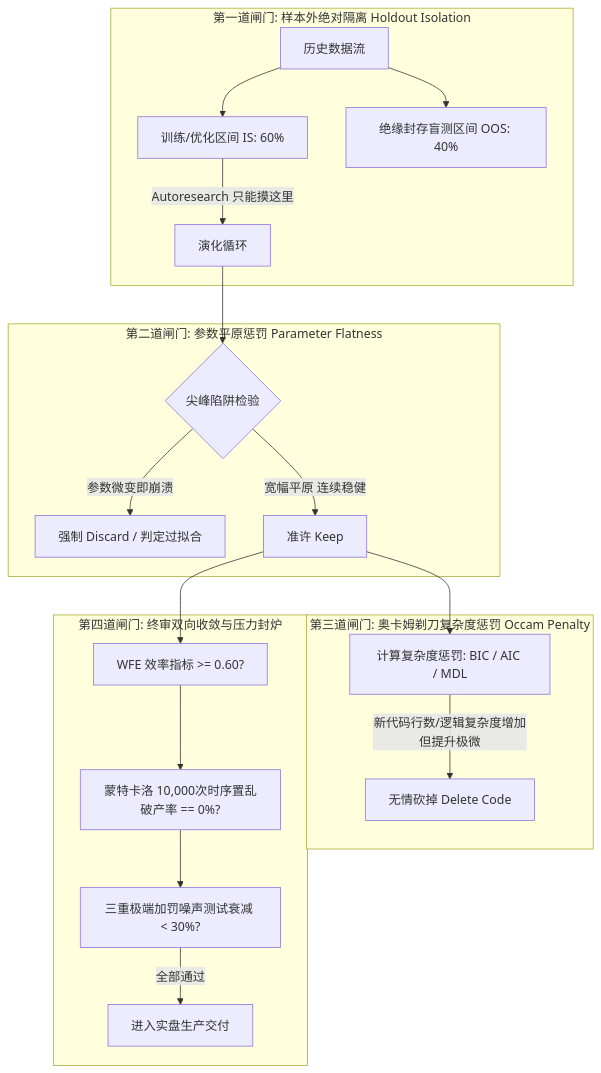
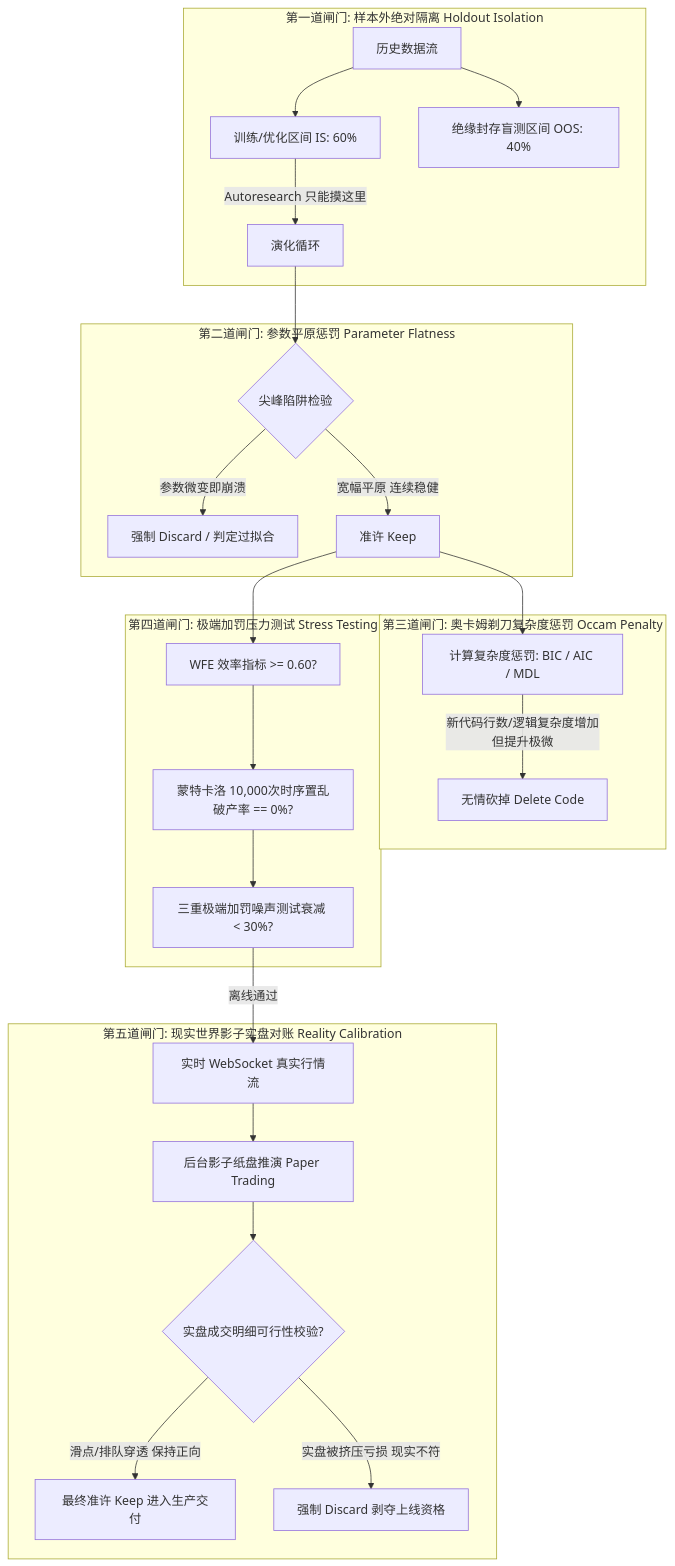
One commit to jssyxd/quant-research-constitution changed the first of 2 diagrams in 20261021_工作流案例_多智能体Autoresearch量化演化与被动Maker执行SOP/README.md. Above: the diagram before and after it, drawn with Mermaid. The commit also changed other lines of this file and 1 other file, not shown here.

Commit message:
feat(constitution): add Chapter 8 on anti-autoresearch toy-lab loop and reality calibration protocol

````diff
--- a/20261021_工作流案例_多智能体Autoresearch量化演化与被动Maker执行SOP/README.md
+++ b/20261021_工作流案例_多智能体Autoresearch量化演化与被动Maker执行SOP/README.md
@@ -97,26 +100,33 @@
 ```mermaid
 flowchart TD
     subgraph Gate1 [第一道闸门: 样本外绝对隔离 Holdout Isolation]
         A1[历史数据流] --> A2[训练/优化区间 IS: 60%]
         A1 --> A3[绝缘封存盲测区间 OOS: 40%]
         A2 -->|Autoresearch 只能摸这里| B[演化循环]
     end
 
     subgraph Gate2 [第二道闸门: 参数平原惩罚 Parameter Flatness]
         B --> C1{尖峰陷阱检验}
         C1 -->|参数微变即崩溃| D1[强制 Discard / 判定过拟合]
         C1 -->|宽幅平原 连续稳健| C2[准许 Keep]
     end
 
     subgraph Gate3 [第三道闸门: 奥卡姆剃刀复杂度惩罚 Occam Penalty]
         C2 --> E[计算复杂度惩罚: BIC / AIC / MDL]
         E -->|新代码行数/逻辑复杂度增加但提升极微| D2[无情砍掉 Delete Code]
     end
 
-    subgraph Gate4 [第四道闸门: 终审双向收敛与压力封炉]
+    subgraph Gate4 [第四道闸门: 极端加罚压力测试 Stress Testing]
         C2 --> F[WFE 效率指标 >= 0.60?]
         F --> G[蒙特卡洛 10,000次时序置乱破产率 == 0%?]
         G --> H[三重极端加罚噪声测试衰减 < 30%?]
-        H -->|全部通过| P[进入实盘生产交付]
+    end
+
+    subgraph Gate5 [第五道闸门: 现实世界影子实盘对账 Reality Calibration]
+        H -->|离线通过| R1[实时 WebSocket 真实行情流]
+        R1 --> R2[后台影子纸盘推演 Paper Trading]
+        R2 --> R3{实盘成交明细可行性校验?}
+        R3 -->|滑点/排队穿透 保持正向| P[最终准许 Keep 进入生产交付]
+        R3 -->|实盘被挤压亏损 现实不符| D3[强制 Discard 剥夺上线资格]
     end
 ```
````
